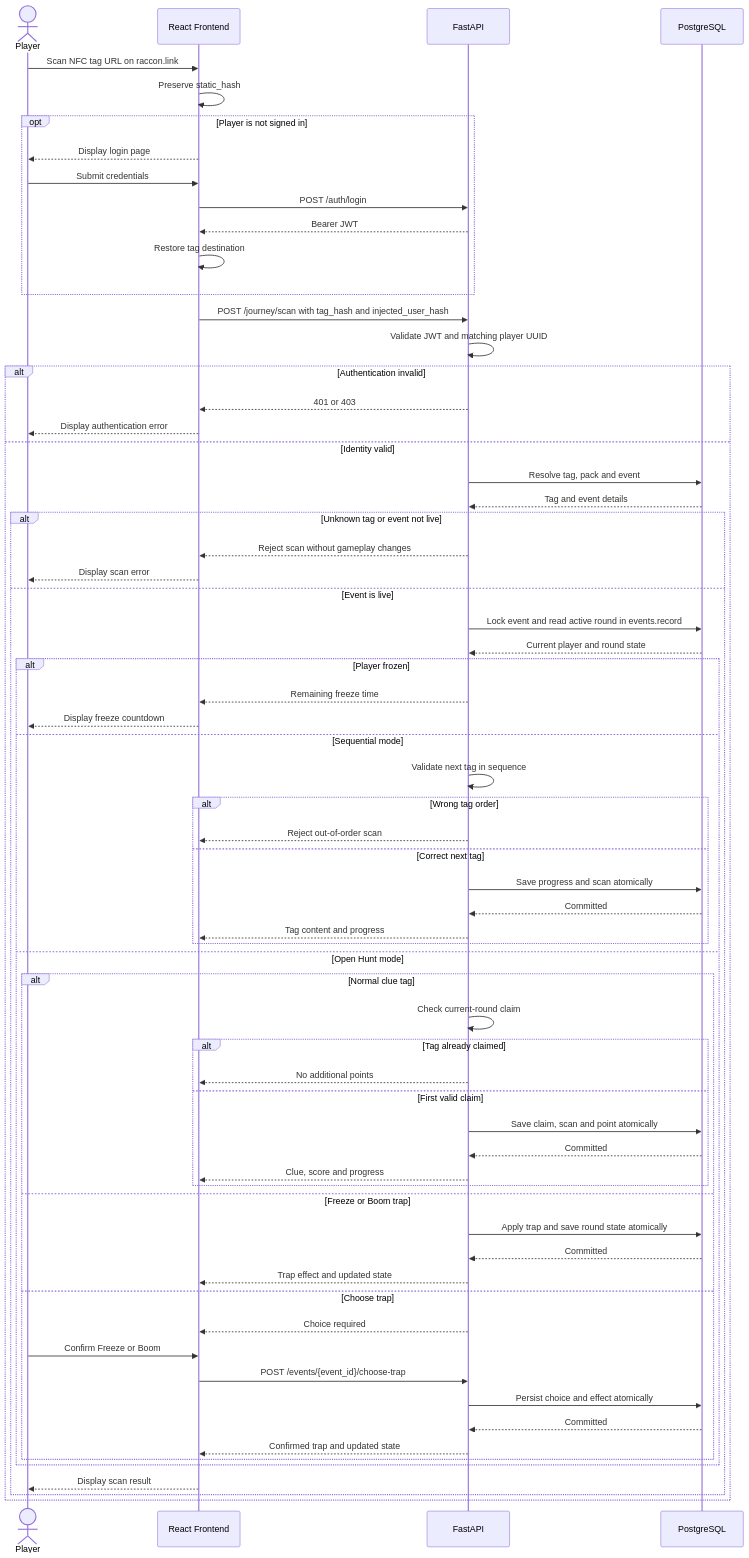
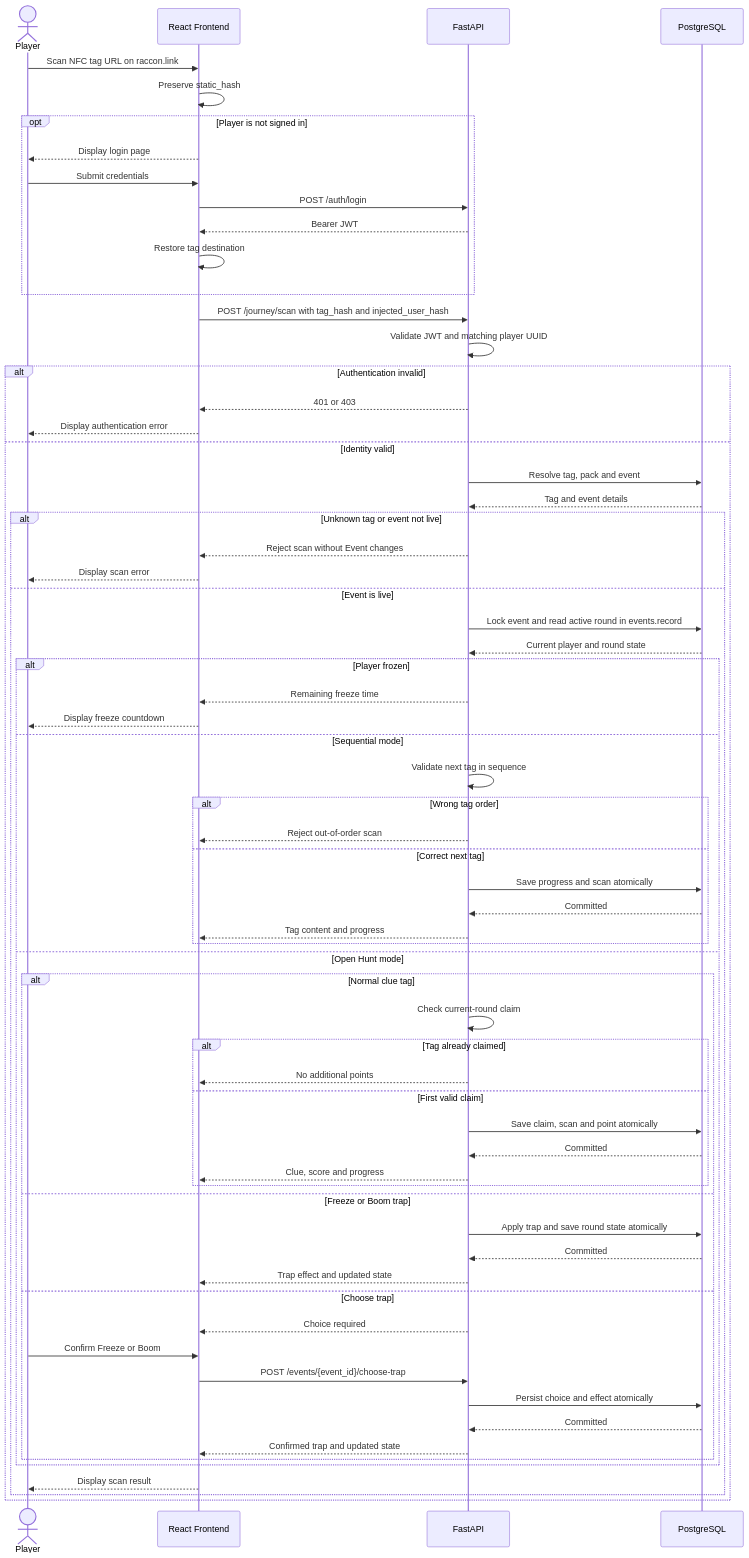
One commit to iEmanHamdan/Raccon changed the eighth of 8 diagrams in Mentors/Stages/Stage3/README.md. Above: the diagram before and after it, drawn with Mermaid. The commit also changed other lines of this file, not shown here.

````diff
--- a/Mentors/Stages/Stage3/README.md
+++ b/Mentors/Stages/Stage3/README.md
@@ -1106,68 +1106,68 @@
 ```mermaid
 sequenceDiagram
     actor Player
     participant Web as React Frontend
     participant API as FastAPI
     participant DB as PostgreSQL
     Player->>Web: Scan NFC tag URL on raccon.link
     Web->>Web: Preserve static_hash
     opt Player is not signed in
         Web-->>Player: Display login page
         Player->>Web: Submit credentials
         Web->>API: POST /auth/login
         API-->>Web: Bearer JWT
         Web->>Web: Restore tag destination
     end
     Web->>API: POST /journey/scan with tag_hash and injected_user_hash
     API->>API: Validate JWT and matching player UUID
     alt Authentication invalid
         API-->>Web: 401 or 403
         Web-->>Player: Display authentication error
     else Identity valid
         API->>DB: Resolve tag, pack and event
         DB-->>API: Tag and event details
         alt Unknown tag or event not live
-            API-->>Web: Reject scan without gameplay changes
+            API-->>Web: Reject scan without Event changes
             Web-->>Player: Display scan error
         else Event is live
             API->>DB: Lock event and read active round in events.record
             DB-->>API: Current player and round state
             alt Player frozen
                 API-->>Web: Remaining freeze time
                 Web-->>Player: Display freeze countdown
             else Sequential mode
                 API->>API: Validate next tag in sequence
                 alt Wrong tag order
                     API-->>Web: Reject out-of-order scan
                 else Correct next tag
                     API->>DB: Save progress and scan atomically
                     DB-->>API: Committed
                     API-->>Web: Tag content and progress
                 end
             else Open Hunt mode
                 alt Normal clue tag
                     API->>API: Check current-round claim
                     alt Tag already claimed
                         API-->>Web: No additional points
                     else First valid claim
                         API->>DB: Save claim, scan and point atomically
                         DB-->>API: Committed
                         API-->>Web: Clue, score and progress
                     end
                 else Freeze or Boom trap
                     API->>DB: Apply trap and save round state atomically
                     DB-->>API: Committed
                     API-->>Web: Trap effect and updated state
                 else Choose trap
                     API-->>Web: Choice required
                     Player->>Web: Confirm Freeze or Boom
                     Web->>API: POST /events/{event_id}/choose-trap
                     API->>DB: Persist choice and effect atomically
                     DB-->>API: Committed
                     API-->>Web: Confirmed trap and updated state
                 end
             end
             Web-->>Player: Display scan result
         end
     end
 ```
````
